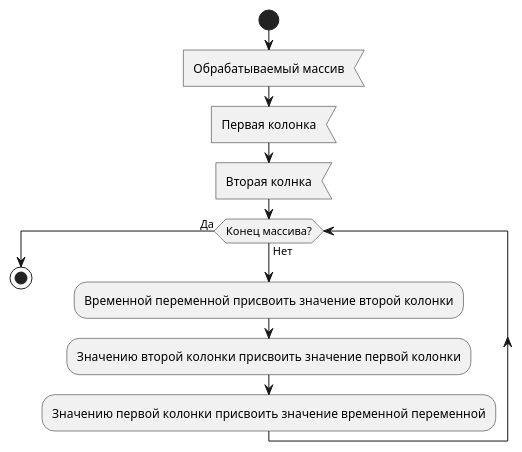
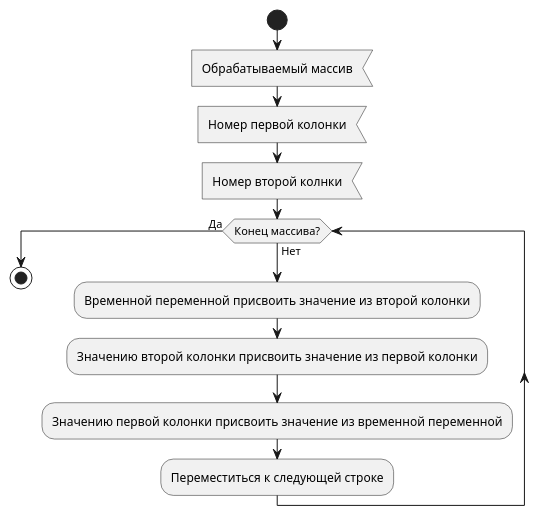
The diagram in Scenarios/4.1. Change Columns.puml (YA-NDT/IC-ADSC-TD), drawn with PlantUML before and after one commit. The commit also changed 1 other file, not shown here.

```diff
--- a/Scenarios/4.1. Change Columns.puml
+++ b/Scenarios/4.1. Change Columns.puml
@@ -1,14 +1,15 @@
 @startuml
 start
     :Обрабатываемый массив<
-    :Первая колонка<
-    :Вторая колнка<
+    :Номер первой колонки<
+    :Номер второй колнки<
 
     while (Конец массива?) is (Нет)
-        :Временной переменной присвоить значение второй колонки;
-        :Значению второй колонки присвоить значение первой колонки;
-        :Значению первой колонки присвоить значение временной переменной;
+        :Временной переменной присвоить значение из второй колонки;
+        :Значению второй колонки присвоить значение из первой колонки;
+        :Значению первой колонки присвоить значение из временной переменной;
+		:Переместиться к следующей строке;
     endwhile (Да)
 
 stop
 @enduml
```
